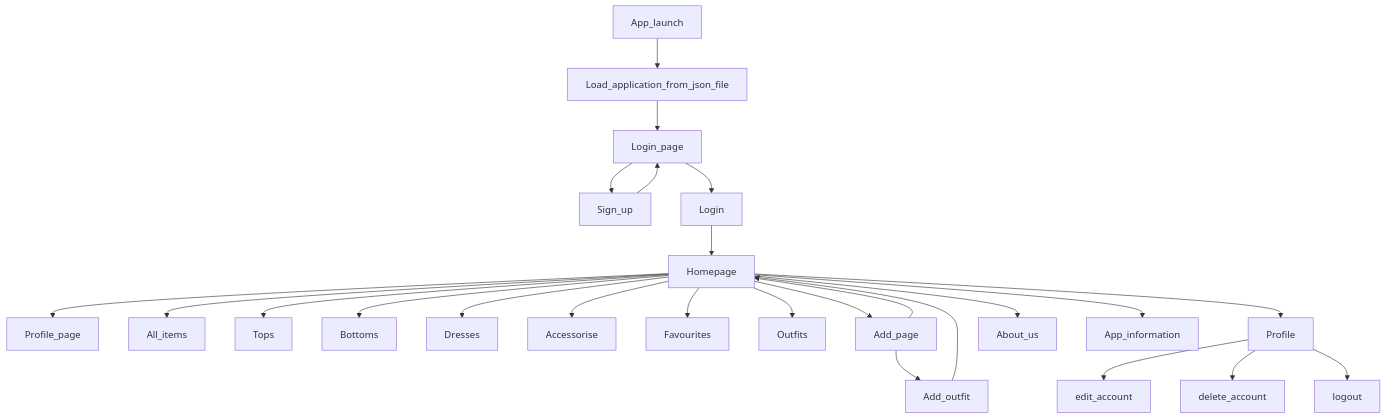
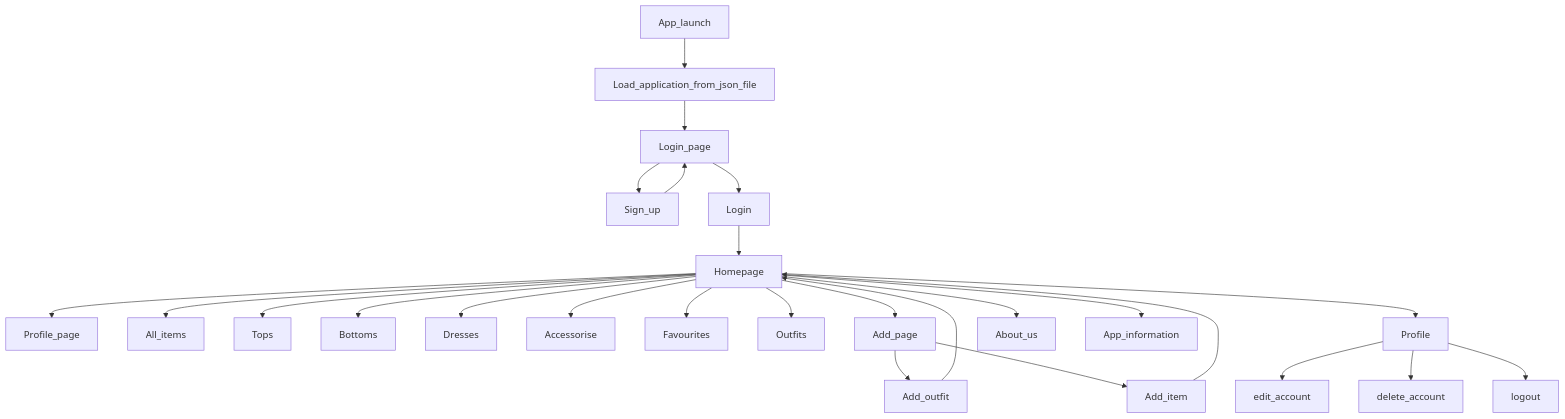
One commit to IreneAvezzu/test_ changed the diagram in readme.md. Above: the diagram before and after it, drawn with Mermaid.

````diff
--- a/readme.md
+++ b/readme.md
@@ -5,27 +5,28 @@
 ```mermaid
 graph TD;
   App_launch-->Load_application_from_json_file;
   Load_application_from_json_file-->Login_page;
   Login_page-->Sign_up;
   Sign_up-->Login_page;
   Login_page-->Login;
   Login-->Homepage;
   Homepage-->Profile_page;
   Homepage-->All_items;
   Homepage-->Tops;
   Homepage-->Bottoms;
   Homepage-->Dresses;
   Homepage-->Accessorise;
   Homepage-->Favourites;
   Homepage-->Outfits;
   Homepage-->Add_page;
   Add_page-->Add_outfit;
+  Add_page-->Add_item;
   Add_outfit-->Homepage;
-  Add_page-->Homepage;
+  Add_item-->Homepage;
   Homepage-->Profile;
   Homepage-->About_us;
   Homepage-->App_information;
   Profile-->edit_account;
   Profile-->delete_account;
   Profile-->logout;
 ```
````
